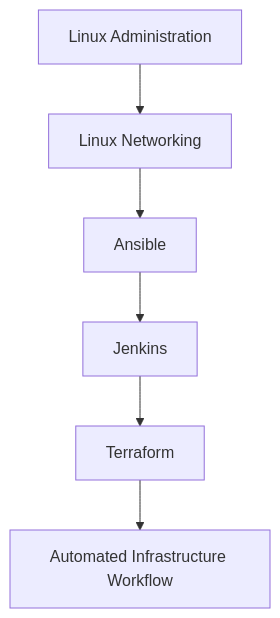
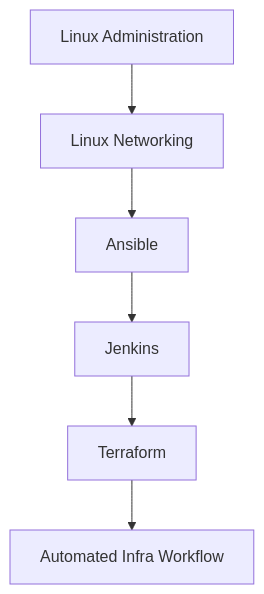
The sixth of 6 diagrams in README.md (subbu7702/linux-capstone-ansible), drawn with Mermaid before and after one commit. The commit also changed other lines of this file, not shown here.

````diff
--- a/README.md
+++ b/README.md
@@ -305,8 +306,8 @@
 ``` mermaid
 flowchart TD
 A[Linux Administration] --> B[Linux Networking]
 B --> C[Ansible]
 C --> D[Jenkins]
 D --> E[Terraform]
-E --> F[Automated Infrastructure Workflow]
+E --> F[Automated Infra Workflow]
 ```
````
